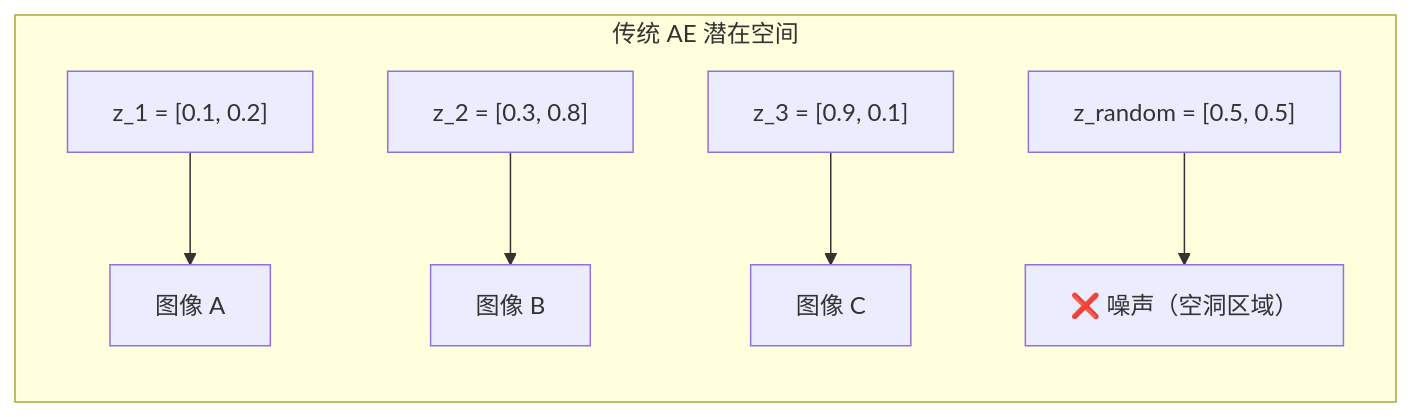
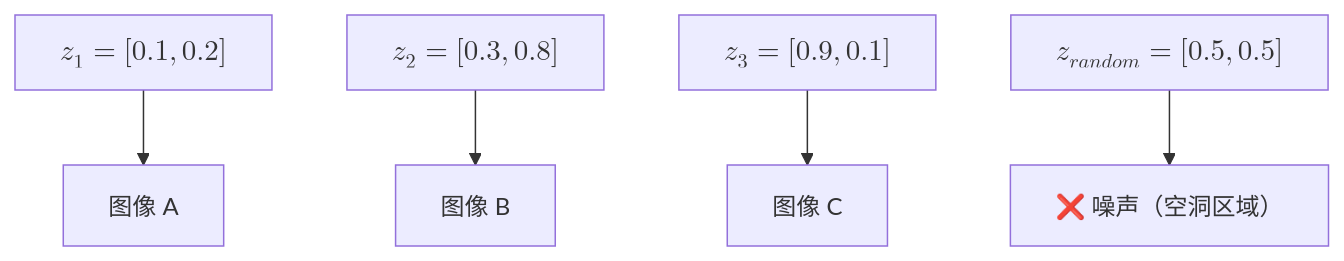
Before and after one commit to fenixsoft/dmla: the second of 6 diagrams in docs/deep-learning/generative-models/vae.md, drawn with Mermaid. The commit also changed other lines of this file and 20 other files, not shown here.

````diff
--- a/docs/deep-learning/generative-models/vae.md
+++ b/docs/deep-learning/generative-models/vae.md
@@ -45,9 +28,7 @@
-```mermaid
-graph LR
-    subgraph "传统 AE 潜在空间"
-        A1["z_1 = [0.1, 0.2]"] --> A2["图像 A"]
-        B1["z_2 = [0.3, 0.8]"] --> B2["图像 B"]
-        C1["z_3 = [0.9, 0.1]"] --> C2["图像 C"]
-        D1["z_random = [0.5, 0.5]"] --> D2["❌ 噪声（空洞区域）"]
-    end
+```mermaid compact
+graph TD
+    A1["$$z_1 = [0.1, 0.2]$$"] --> A2["图像 A"]
+    B1["$$z_2 = [0.3, 0.8]$$"] --> B2["图像 B"]
+    C1["$$z_3 = [0.9, 0.1]$$"] --> C2["图像 C"]
+    D1["$$z_{random} = [0.5, 0.5]$$"] --> D2["❌ 噪声（空洞区域）"]
 ```
````
